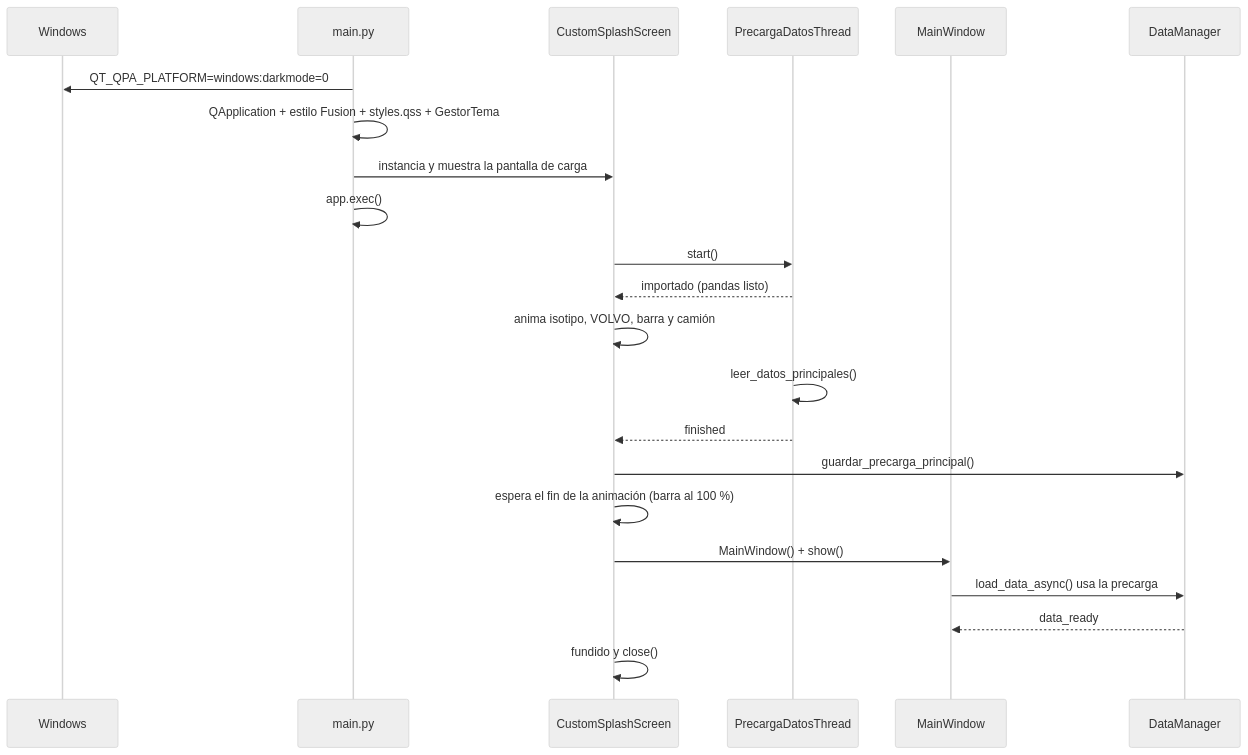
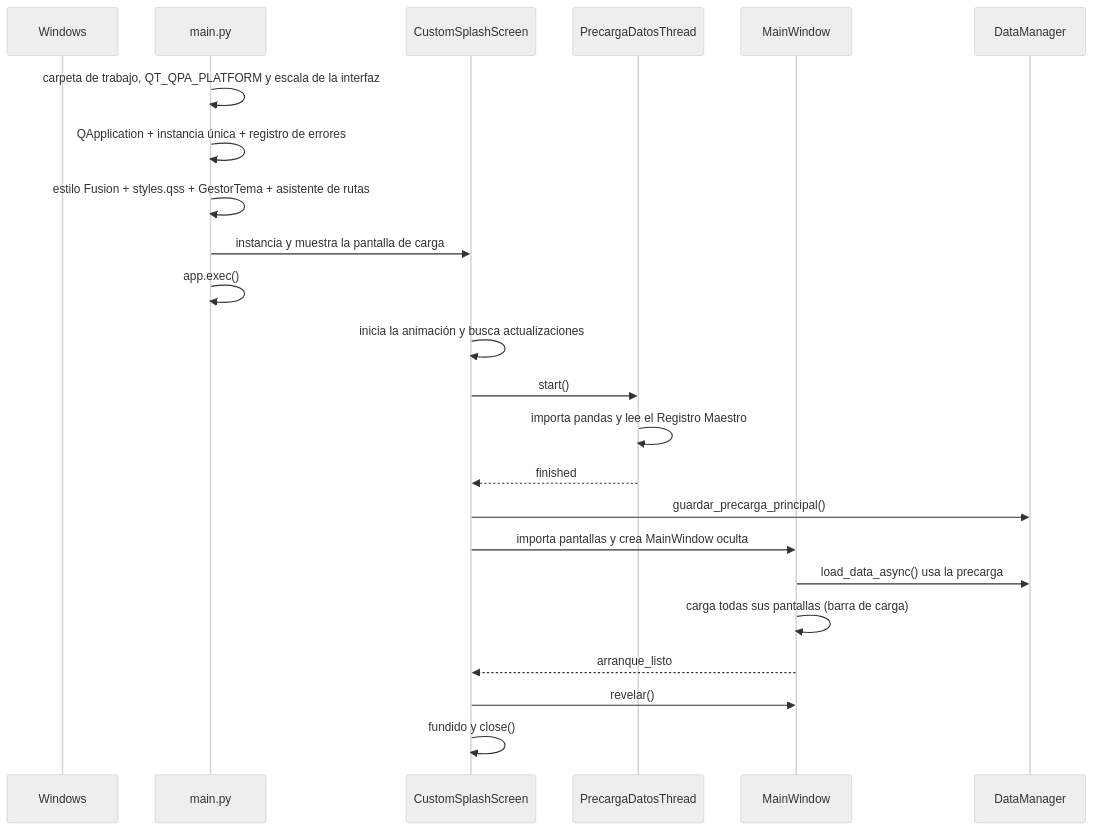
Before and after one commit to felipeMon20/PTY4614-302-EQUIPO-2: diagram 30 of 31 in Fase 2/Evidencias Proyecto/Evidencias de documentación/docs/08. Arquitectura Visual y Diagramas.md, drawn with Mermaid (neutral theme). The commit also changed other lines of this file and 315 other files, not shown here.

````diff
--- a/Fase 2/Evidencias Proyecto/Evidencias de documentación/docs/08. Arquitectura Visual y Diagramas.md
+++ b/Fase 2/Evidencias Proyecto/Evidencias de documentación/docs/08. Arquitectura Visual y Diagramas.md
@@ -1099,24 +1100,25 @@
 ```mermaid
 sequenceDiagram
     participant OS as Windows
     participant M as main.py
     participant S as CustomSplashScreen
     participant P as PrecargaDatosThread
     participant MW as MainWindow
     participant DM as DataManager
-    M->>OS: QT_QPA_PLATFORM=windows:darkmode=0
-    M->>M: QApplication + estilo Fusion + styles.qss + GestorTema
+    M->>M: carpeta de trabajo, QT_QPA_PLATFORM y escala de la interfaz
+    M->>M: QApplication + instancia única + registro de errores
+    M->>M: estilo Fusion + styles.qss + GestorTema + asistente de rutas
     M->>S: instancia y muestra la pantalla de carga
     M->>M: app.exec()
+    S->>S: inicia la animación y busca actualizaciones
     S->>P: start()
-    P-->>S: importado (pandas listo)
-    S->>S: anima isotipo, VOLVO, barra y camión
-    P->>P: leer_datos_principales()
+    P->>P: importa pandas y lee el Registro Maestro
     P-->>S: finished
     S->>DM: guardar_precarga_principal()
-    S->>S: espera el fin de la animación (barra al 100 %)
-    S->>MW: MainWindow() + show()
+    S->>MW: importa pantallas y crea MainWindow oculta
     MW->>DM: load_data_async() usa la precarga
-    DM-->>MW: data_ready
+    MW->>MW: carga todas sus pantallas (barra de carga)
+    MW-->>S: arranque_listo
+    S->>MW: revelar()
     S->>S: fundido y close()
 ```
````
